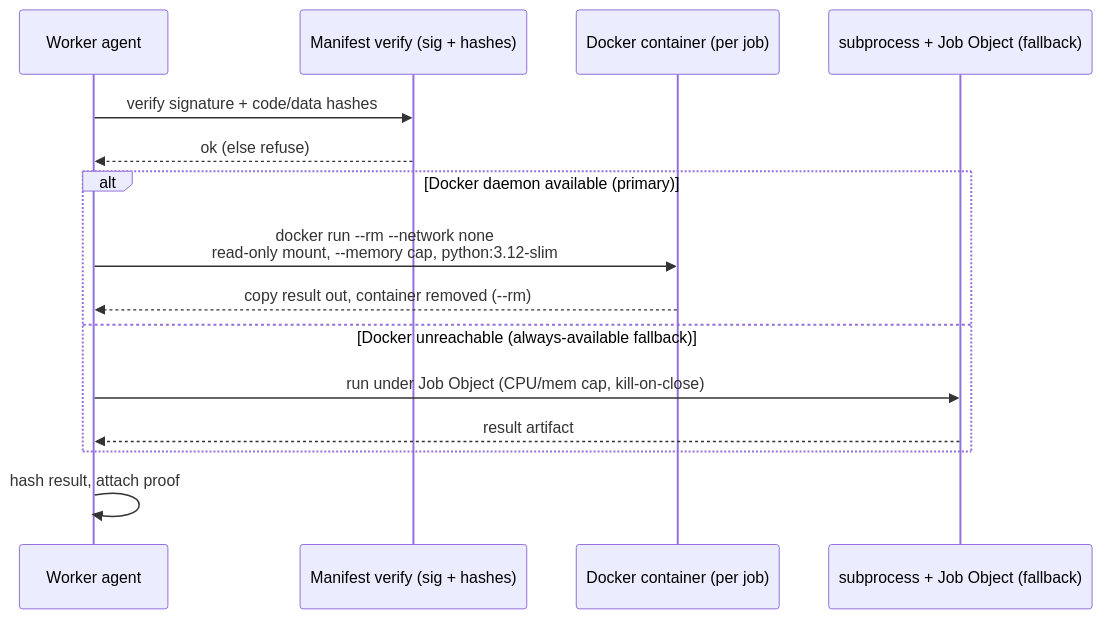
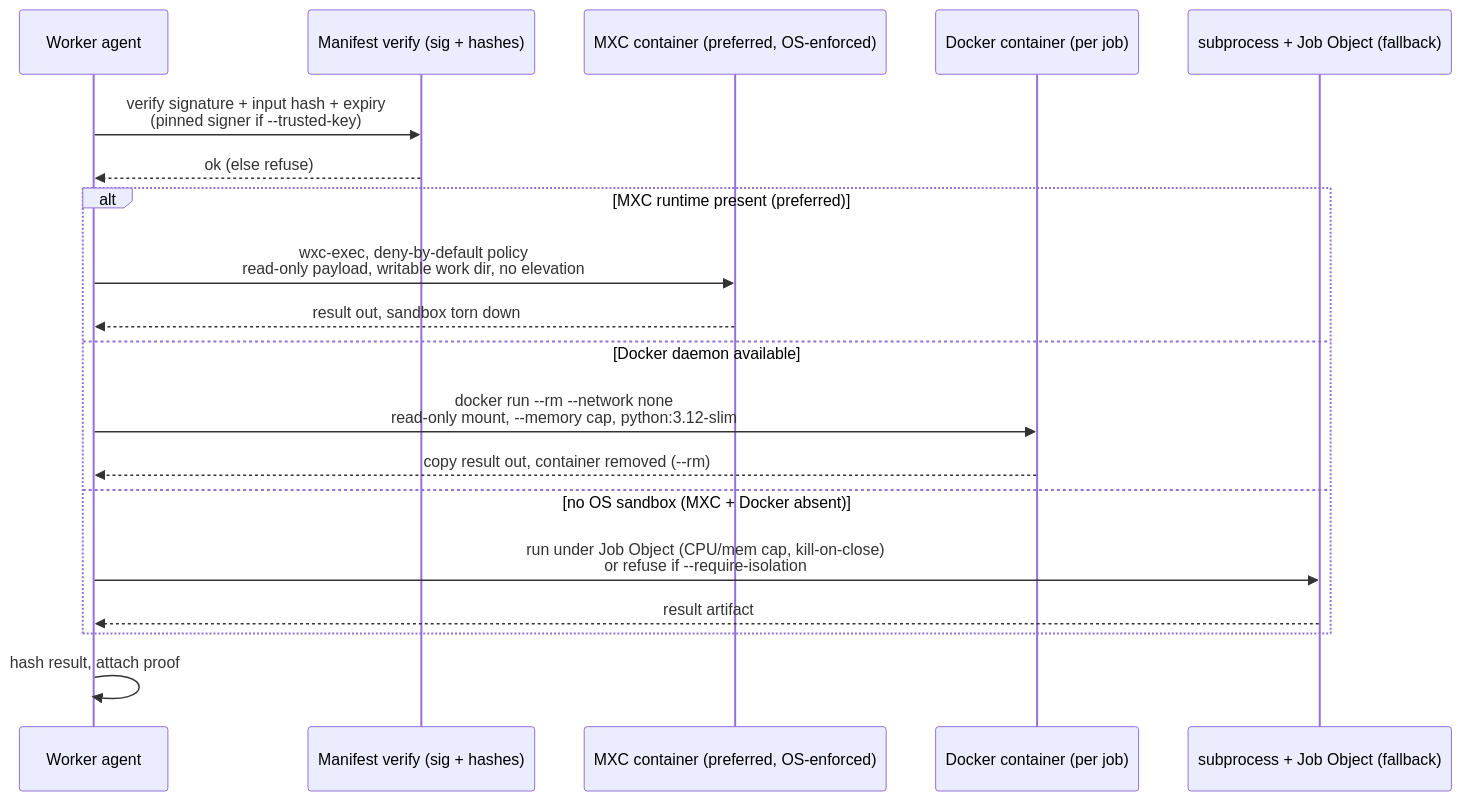
One commit to Aditya-Katkuri/OneCompute changed the second of 3 diagrams in docs/architecture.md. Above: the diagram before and after it, drawn with Mermaid. The commit also changed other lines of this file, not shown here.

First line of the commit message:
Update architecture.md for MXC backend, fail-closed isolation, pinned signer

````diff
--- a/docs/architecture.md
+++ b/docs/architecture.md
@@ -117,17 +117,21 @@
 ```mermaid
 sequenceDiagram
     participant A as Worker agent
     participant V as Manifest verify (sig + hashes)
+    participant MX as MXC container (preferred, OS-enforced)
     participant DK as Docker container (per job)
     participant JO as subprocess + Job Object (fallback)
-    A->>V: verify signature + code/data hashes
+    A->>V: verify signature + input hash + expiry<br/>(pinned signer if --trusted-key)
     V-->>A: ok (else refuse)
-    alt Docker daemon available (primary)
+    alt MXC runtime present (preferred)
+        A->>MX: wxc-exec, deny-by-default policy<br/>read-only payload, writable work dir, no elevation
+        MX-->>A: result out, sandbox torn down
+    else Docker daemon available
         A->>DK: docker run --rm --network none<br/>read-only mount, --memory cap, python:3.12-slim
         DK-->>A: copy result out, container removed (--rm)
-    else Docker unreachable (always-available fallback)
-        A->>JO: run under Job Object (CPU/mem cap, kill-on-close)
+    else no OS sandbox (MXC + Docker absent)
+        A->>JO: run under Job Object (CPU/mem cap, kill-on-close)<br/>or refuse if --require-isolation
         JO-->>A: result artifact
     end
     A->>A: hash result, attach proof
 ```
````
